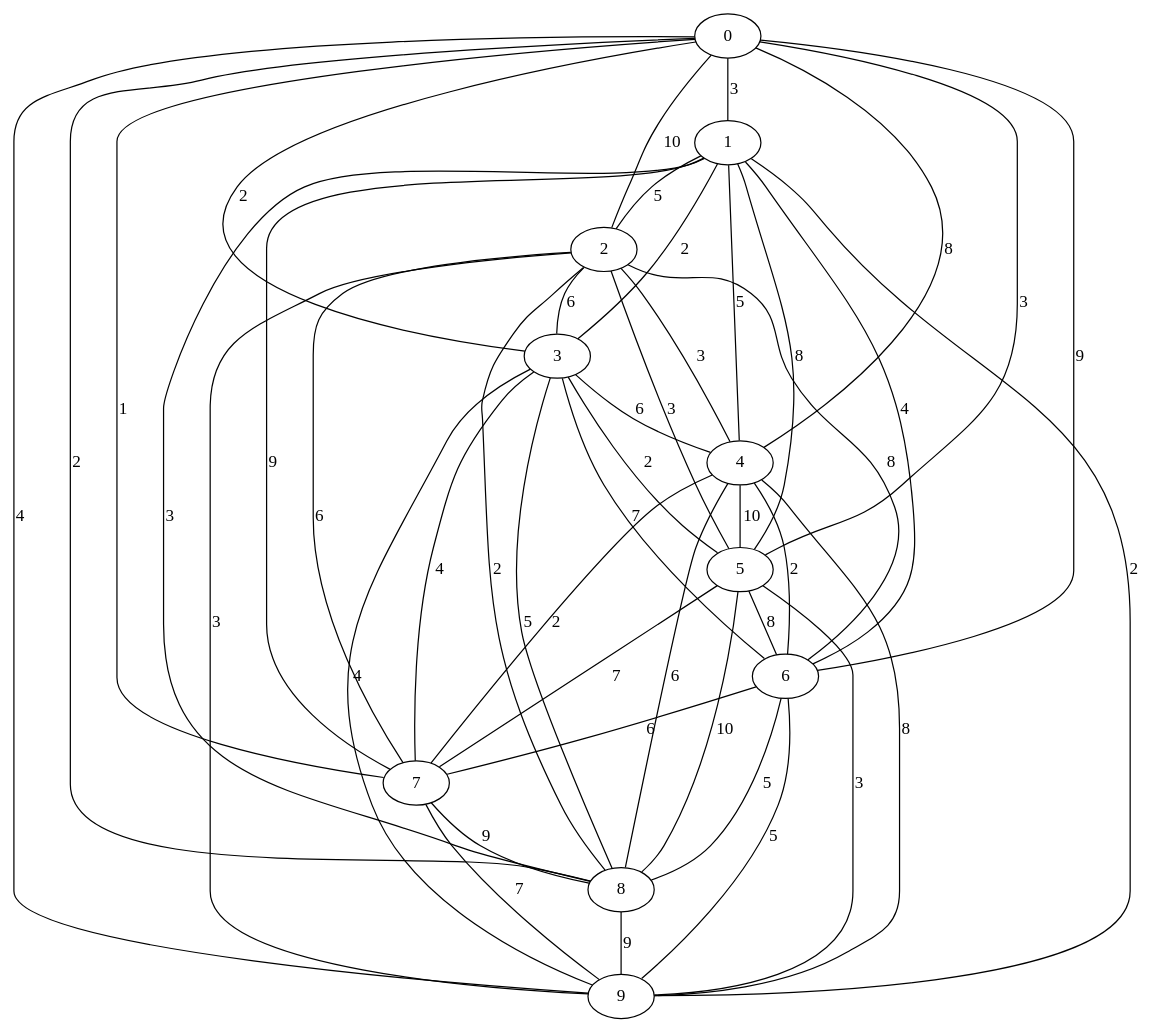
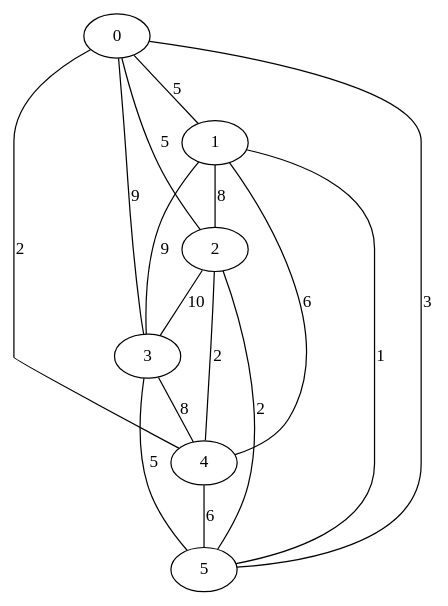
The diagram in grafo-com-peso/grafo.dot (nand1nha/Tecnica-de-programacao-avancada), drawn with Graphviz before and after one commit. The commit also changed 3 other files, not shown here.

Commit message:
Refactor graph definitions and update Kruskal function logic for improved performance

```diff
--- a/grafo-com-peso/grafo.dot
+++ b/grafo-com-peso/grafo.dot
@@ -1,57 +1,23 @@
 graph G {
   0;
   1;
   2;
   3;
   4;
   5;
-  6;
-  7;
-  8;
-  9;
-  0 -- 4 [label=8,weight=8];
-  0 -- 7 [label=1,weight=1];
-  0 -- 9 [label=4,weight=4];
-  0 -- 1 [label=3,weight=3];
-  0 -- 8 [label=2,weight=2];
-  0 -- 6 [label=9,weight=9];
-  0 -- 3 [label=2,weight=2];
-  0 -- 2 [label=10,weight=10];
+  0 -- 4 [label=2,weight=2];
+  0 -- 2 [label=5,weight=5];
+  0 -- 1 [label=5,weight=5];
+  0 -- 3 [label=9,weight=9];
   0 -- 5 [label=3,weight=3];
-  1 -- 3 [label=2,weight=2];
-  1 -- 2 [label=5,weight=5];
-  1 -- 7 [label=9,weight=9];
-  1 -- 8 [label=3,weight=3];
-  1 -- 9 [label=2,weight=2];
-  1 -- 4 [label=5,weight=5];
-  1 -- 5 [label=8,weight=8];
-  1 -- 6 [label=4,weight=4];
-  2 -- 9 [label=3,weight=3];
-  2 -- 3 [label=6,weight=6];
-  2 -- 6 [label=8,weight=8];
-  2 -- 8 [label=2,weight=2];
-  2 -- 4 [label=3,weight=3];
-  2 -- 5 [label=3,weight=3];
-  2 -- 7 [label=6,weight=6];
-  3 -- 8 [label=5,weight=5];
-  3 -- 5 [label=2,weight=2];
-  3 -- 4 [label=6,weight=6];
-  3 -- 6 [label=7,weight=7];
-  3 -- 9 [label=4,weight=4];
-  3 -- 7 [label=4,weight=4];
-  4 -- 5 [label=10,weight=10];
-  4 -- 7 [label=2,weight=2];
-  4 -- 9 [label=8,weight=8];
-  4 -- 8 [label=6,weight=6];
-  4 -- 6 [label=2,weight=2];
-  5 -- 7 [label=7,weight=7];
-  5 -- 9 [label=3,weight=3];
-  5 -- 6 [label=8,weight=8];
-  5 -- 8 [label=10,weight=10];
-  6 -- 8 [label=5,weight=5];
-  6 -- 7 [label=6,weight=6];
-  6 -- 9 [label=5,weight=5];
-  7 -- 8 [label=9,weight=9];
-  7 -- 9 [label=7,weight=7];
-  8 -- 9 [label=9,weight=9];
+  1 -- 2 [label=8,weight=8];
+  1 -- 5 [label=1,weight=1];
+  1 -- 3 [label=9,weight=9];
+  1 -- 4 [label=6,weight=6];
+  2 -- 3 [label=10,weight=10];
+  2 -- 5 [label=2,weight=2];
+  2 -- 4 [label=2,weight=2];
+  3 -- 5 [label=5,weight=5];
+  3 -- 4 [label=8,weight=8];
+  4 -- 5 [label=6,weight=6];
 }
```
